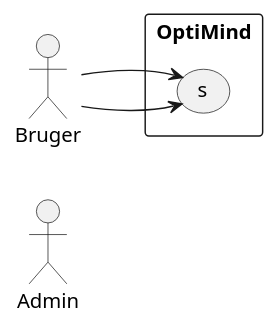
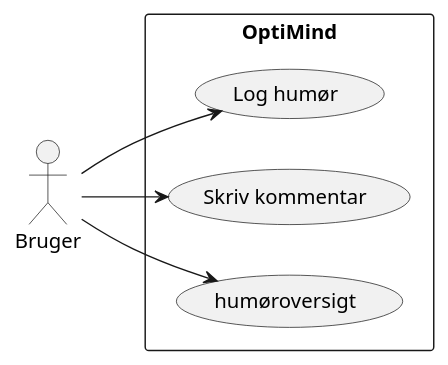
Before and after one commit to JuliusLansner/OptiMind: the diagram in UseCases.puml, drawn with PlantUML.

```diff
--- a/UseCases.puml
+++ b/UseCases.puml
@@ -1,15 +1,16 @@
 @startuml 
 
 
 left to right direction
 
-actor Admin
+
 actor Bruger
 
 rectangle OptiMind{
-
-  Bruger --> (s)
-  Bruger --> (s)
+  Bruger --> (Log humør)
+  Bruger --> (Skriv kommentar)
+  Bruger --> (humøroversigt)
+  
 
 }
 @enduml
```
